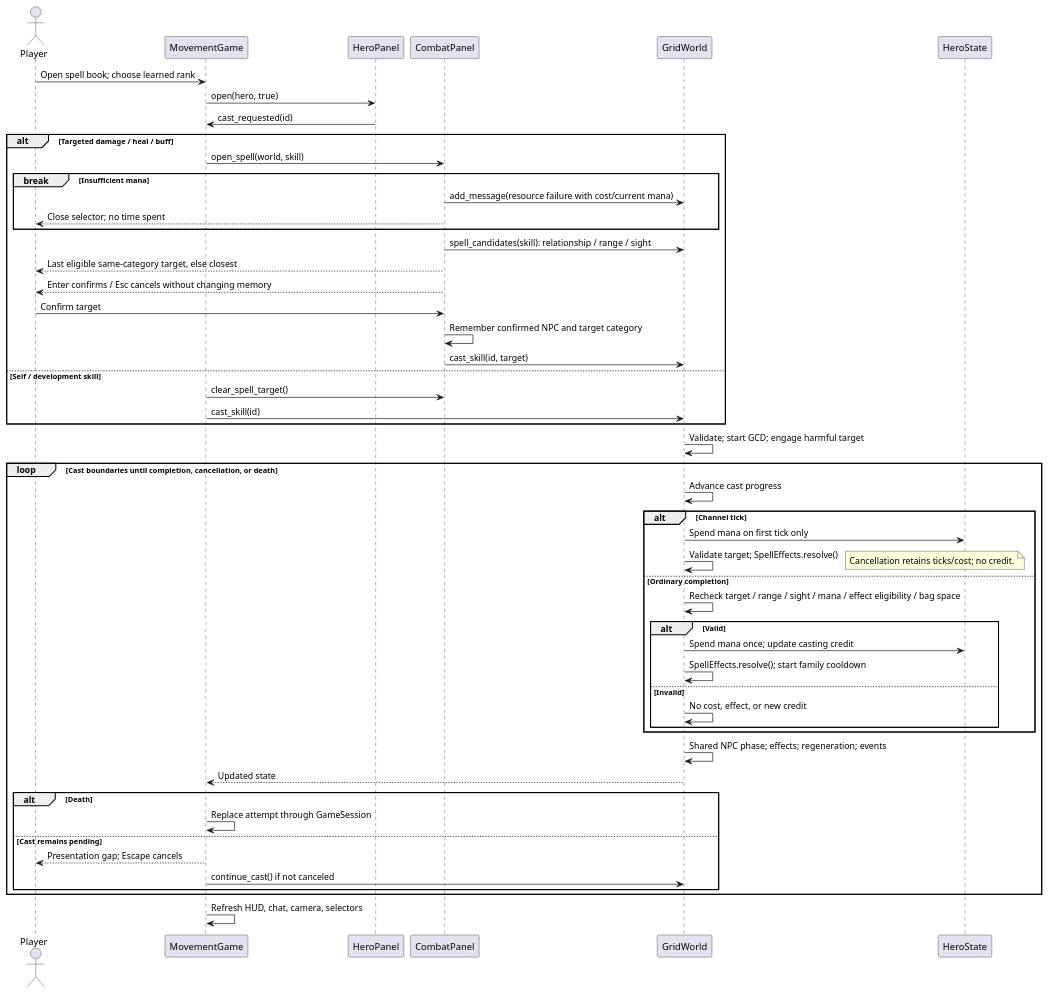
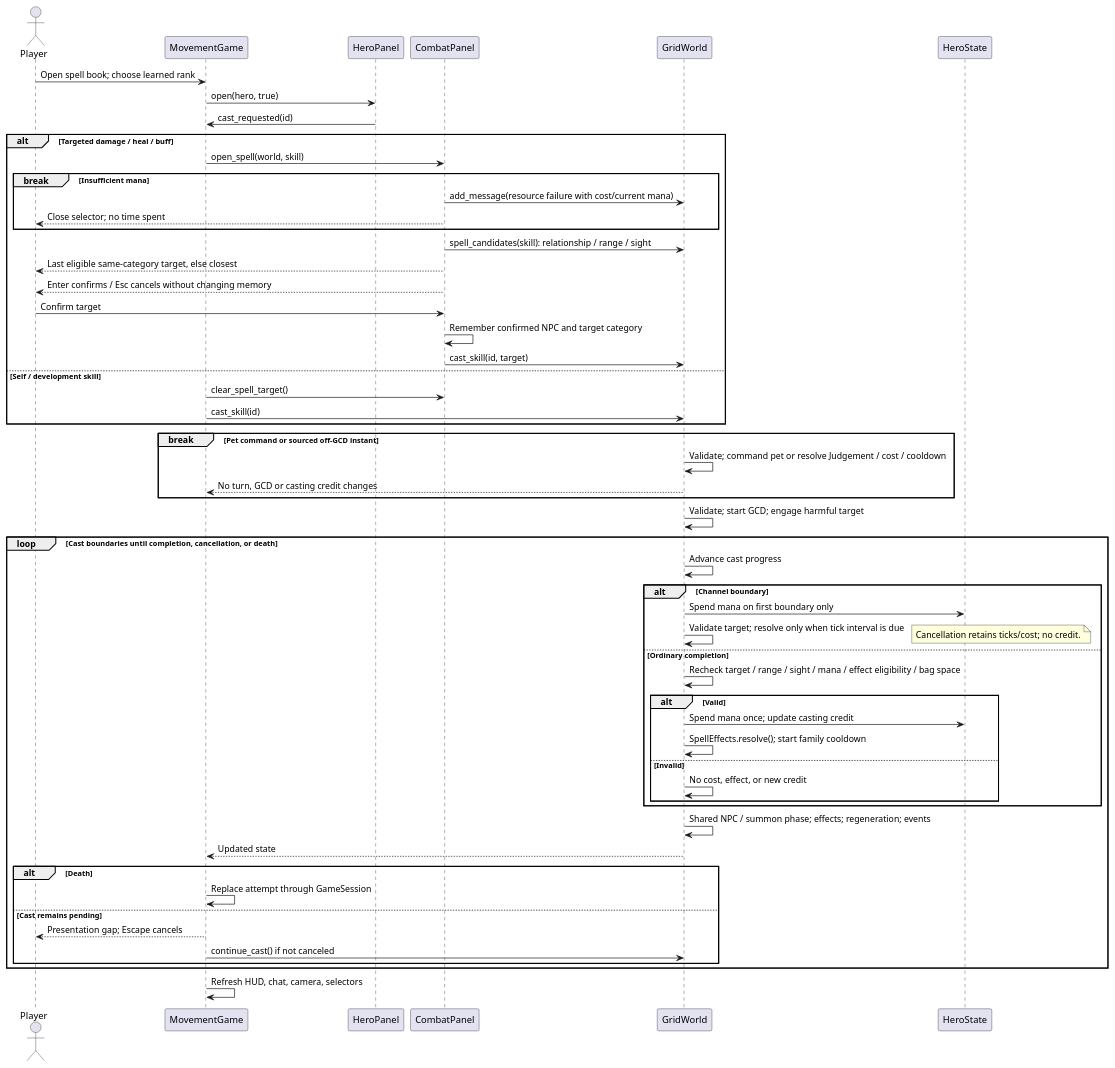
The diagram in docs/architecture/sequences/hero_skill.puml (VHonzik/Ostinato), drawn with PlantUML before and after one commit. The commit also changed 39 other files, not shown here.

```diff
--- a/docs/architecture/sequences/hero_skill.puml
+++ b/docs/architecture/sequences/hero_skill.puml
@@ -1,55 +1,59 @@
 @startuml
 !pragma layout smetana
 skinparam shadowing false
 actor Player
 participant MovementGame as Game
 participant HeroPanel as Book
 participant CombatPanel as Targeting
 participant GridWorld as World
 participant HeroState as Hero
 Player -> Game : Open spell book; choose learned rank
 Game -> Book : open(hero, true)
 Book -> Game : cast_requested(id)
 alt Targeted damage / heal / buff
   Game -> Targeting : open_spell(world, skill)
   break Insufficient mana
     Targeting -> World : add_message(resource failure with cost/current mana)
     Targeting --> Player : Close selector; no time spent
   end
   Targeting -> World : spell_candidates(skill): relationship / range / sight
   Targeting --> Player : Last eligible same-category target, else closest
   Targeting --> Player : Enter confirms / Esc cancels without changing memory
   Player -> Targeting : Confirm target
   Targeting -> Targeting : Remember confirmed NPC and target category
   Targeting -> World : cast_skill(id, target)
 else Self / development skill
   Game -> Targeting : clear_spell_target()
   Game -> World : cast_skill(id)
 end
+break Pet command or sourced off-GCD instant
+  World -> World : Validate; command pet or resolve Judgement / cost / cooldown
+  World --> Game : No turn, GCD or casting credit changes
+end
 World -> World : Validate; start GCD; engage harmful target
 loop Cast boundaries until completion, cancellation, or death
   World -> World : Advance cast progress
-  alt Channel tick
-    World -> Hero : Spend mana on first tick only
-    World -> World : Validate target; SpellEffects.resolve()
+  alt Channel boundary
+    World -> Hero : Spend mana on first boundary only
+    World -> World : Validate target; resolve only when tick interval is due
     note right: Cancellation retains ticks/cost; no credit.
   else Ordinary completion
     World -> World : Recheck target / range / sight / mana / effect eligibility / bag space
     alt Valid
       World -> Hero : Spend mana once; update casting credit
       World -> World : SpellEffects.resolve(); start family cooldown
     else Invalid
       World -> World : No cost, effect, or new credit
     end
   end
-  World -> World : Shared NPC phase; effects; regeneration; events
+  World -> World : Shared NPC / summon phase; effects; regeneration; events
   World --> Game : Updated state
   alt Death
     Game -> Game : Replace attempt through GameSession
   else Cast remains pending
     Game --> Player : Presentation gap; Escape cancels
     Game -> World : continue_cast() if not canceled
   end
 end
 Game -> Game : Refresh HUD, chat, camera, selectors
 @enduml
```
